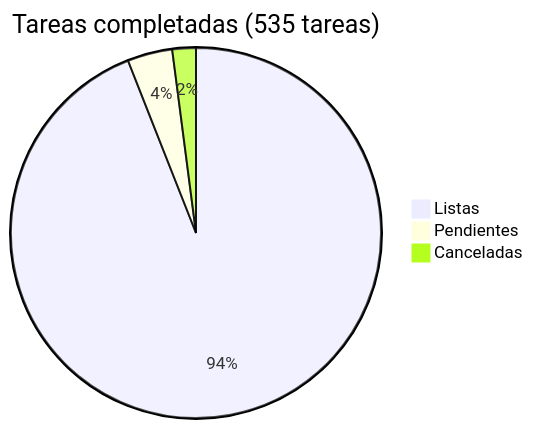
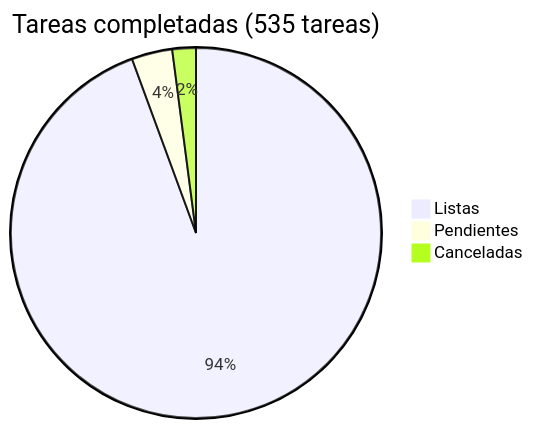
The diagram in docs/roadmap/README.md (araguaney-org/araguaney), drawn with Mermaid before and after one commit. The commit also changed other lines of this file and 2 other files, not shown here.

Commit message:
docs(seo): decide against pt-BR and a food-pantry page for now; state food-bank scope in the FAQ (#388)
Search Console shows no Portuguese queries and no food-bank queries in 90
days. Both decisions are recorded with the signal that would reopen them.
The FAQ now says plainly that Araguaney handles a food bank's inventory but
not distribution, and that fresh food fails the default shelf-life minimum.

````diff
--- a/docs/roadmap/README.md
+++ b/docs/roadmap/README.md
@@ -5,6 +5,6 @@
 ```mermaid
 pie title Tareas completadas (535 tareas)
-    "Listas" : 503
-    "Pendientes" : 21
+    "Listas" : 505
+    "Pendientes" : 19
     "Canceladas" : 11
 ```
````
